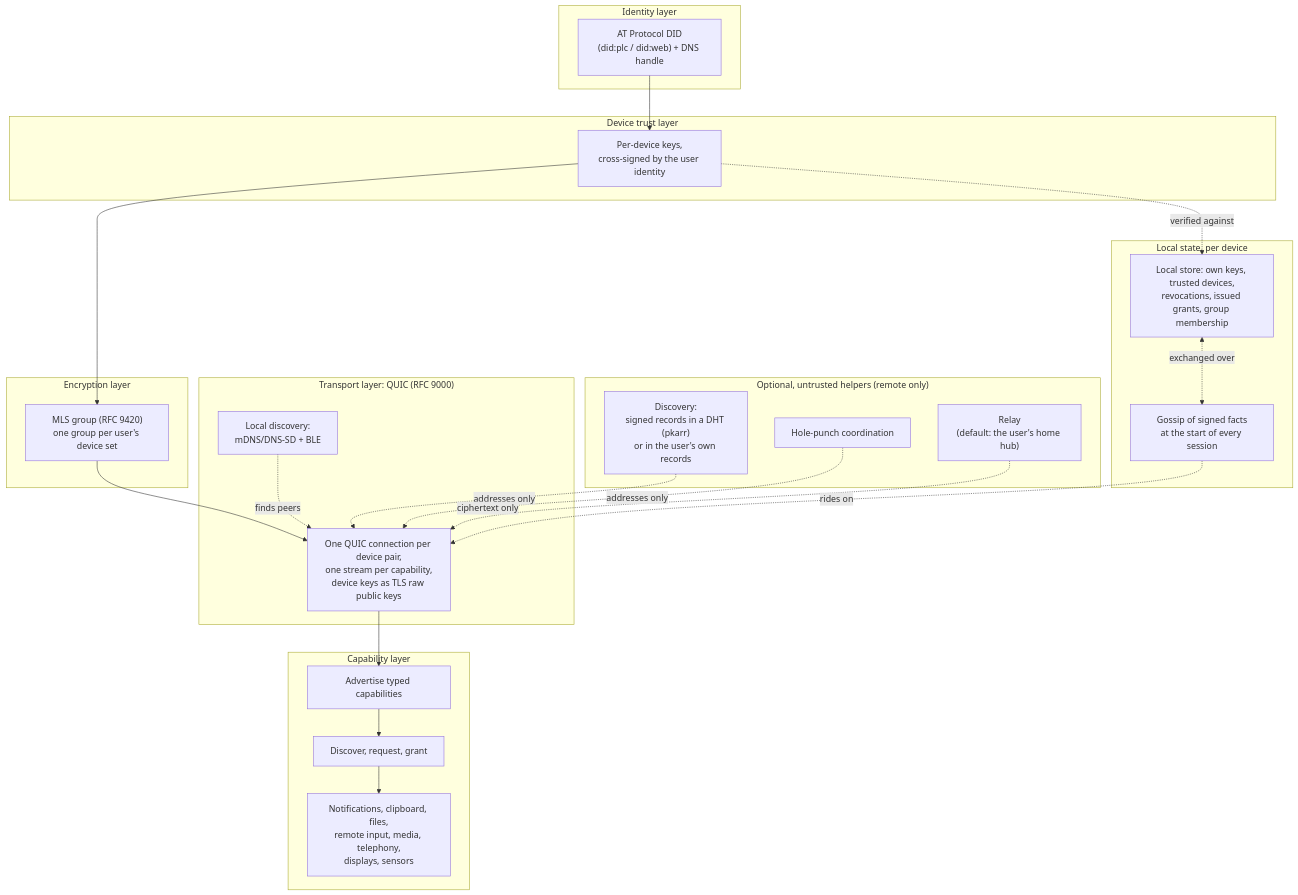
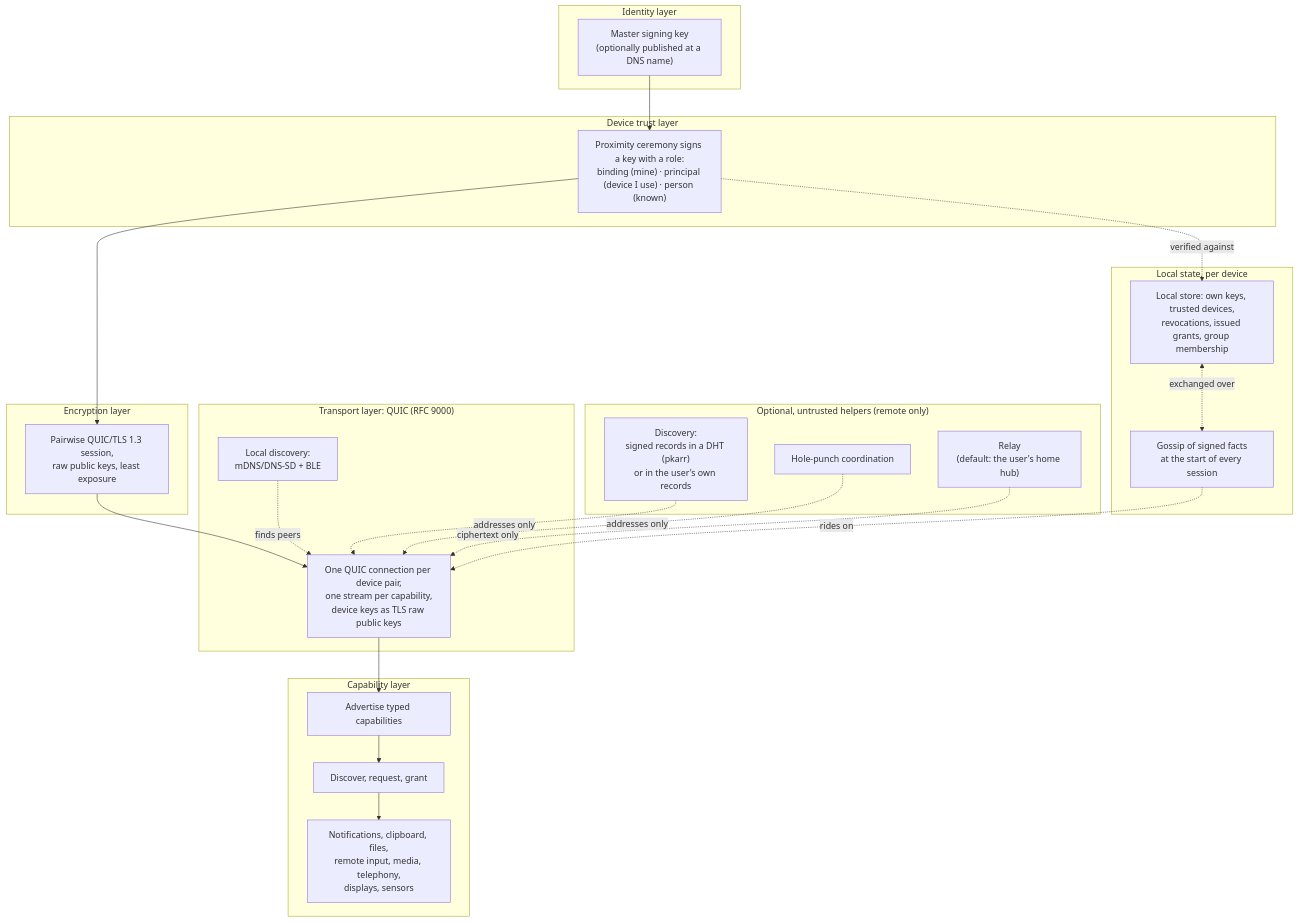
The diagram in README.md (garth/ligature-protocol), drawn with Mermaid before and after one commit. The commit also changed other lines of this file and 53 other files, not shown here.

First line of the commit message:
LP-6 Master key as root, proximity ceremony with roles, rebuild instead of recovery, pairwise least-exposure encryption

````diff
--- a/README.md
+++ b/README.md
@@ -36,45 +41,45 @@
 ```mermaid
 flowchart TB
     subgraph Identity["Identity layer"]
-        DID["AT Protocol DID<br/>(did:plc / did:web) + DNS handle"]
+        KEY["Master signing key<br/>(optionally published at a DNS name)"]
     end
 
     subgraph Trust["Device trust layer"]
-        XS["Per-device keys,<br/>cross-signed by the user identity"]
+        XS["Proximity ceremony signs a key with a role:<br/>binding (mine) · principal (device I use) · person (known)"]
     end
 
     subgraph Crypto["Encryption layer"]
-        MLS["MLS group (RFC 9420)<br/>one group per user's device set"]
+        SESSION["Pairwise QUIC/TLS 1.3 session,<br/>raw public keys, least exposure"]
     end
 
     subgraph Transport["Transport layer: QUIC (RFC 9000)"]
         QUIC["One QUIC connection per device pair,<br/>one stream per capability,<br/>device keys as TLS raw public keys"]
         LAN["Local discovery:<br/>mDNS/DNS-SD + BLE"]
     end
 
     subgraph Helpers["Optional, untrusted helpers (remote only)"]
         DISC["Discovery:<br/>signed records in a DHT (pkarr)<br/>or in the user's own records"]
         PUNCH["Hole-punch coordination"]
         RELAY["Relay<br/>(default: the user's home hub)"]
     end
 
     subgraph Caps["Capability layer"]
         ADV["Advertise typed capabilities"]
         GRANT["Discover, request, grant"]
         USE["Notifications, clipboard, files,<br/>remote input, media, telephony,<br/>displays, sensors"]
     end
 
     subgraph State["Local state, per device"]
         STORE["Local store: own keys, trusted devices,<br/>revocations, issued grants, group membership"]
         GOSSIP["Gossip of signed facts<br/>at the start of every session"]
     end
 
-    DID --> XS --> MLS --> QUIC --> ADV --> GRANT --> USE
+    KEY --> XS --> SESSION --> QUIC --> ADV --> GRANT --> USE
     LAN -. "finds peers" .-> QUIC
     DISC -. "addresses only" .-> QUIC
     PUNCH -. "addresses only" .-> QUIC
     RELAY -. "ciphertext only" .-> QUIC
     XS -. "verified against" .-> STORE
     STORE <-. "exchanged over" .-> GOSSIP
     GOSSIP -. "rides on" .-> QUIC
 ```
````
